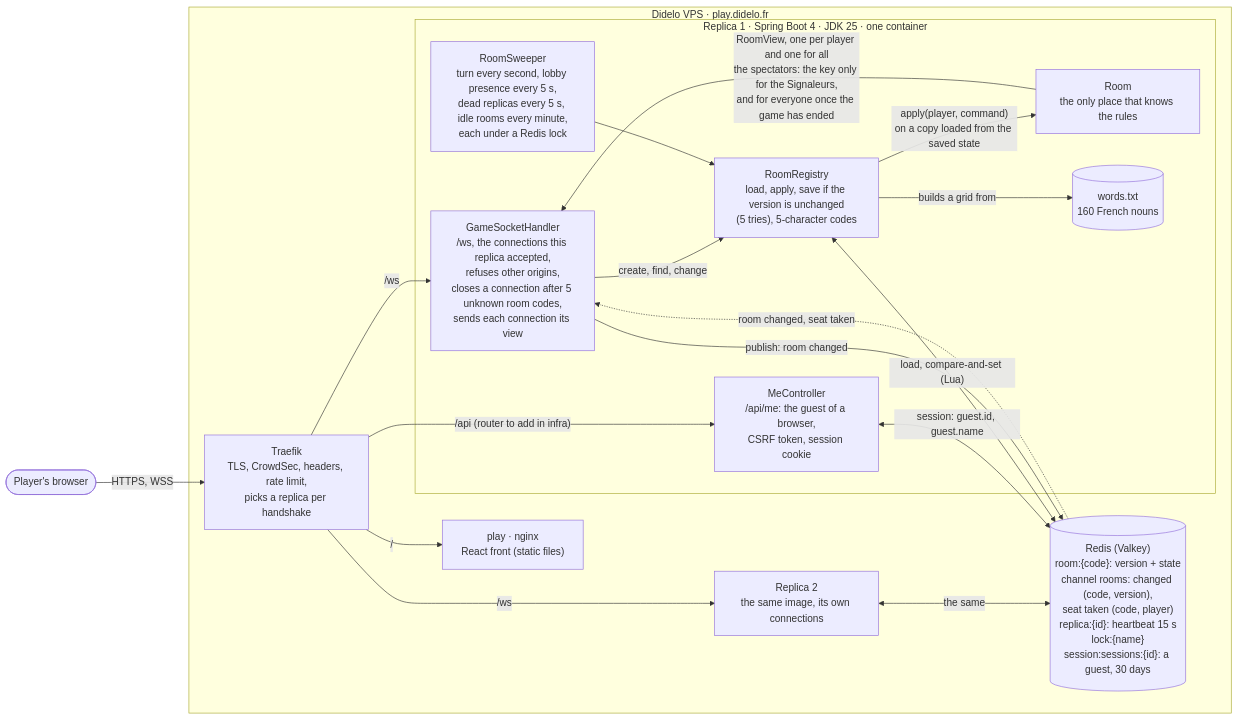
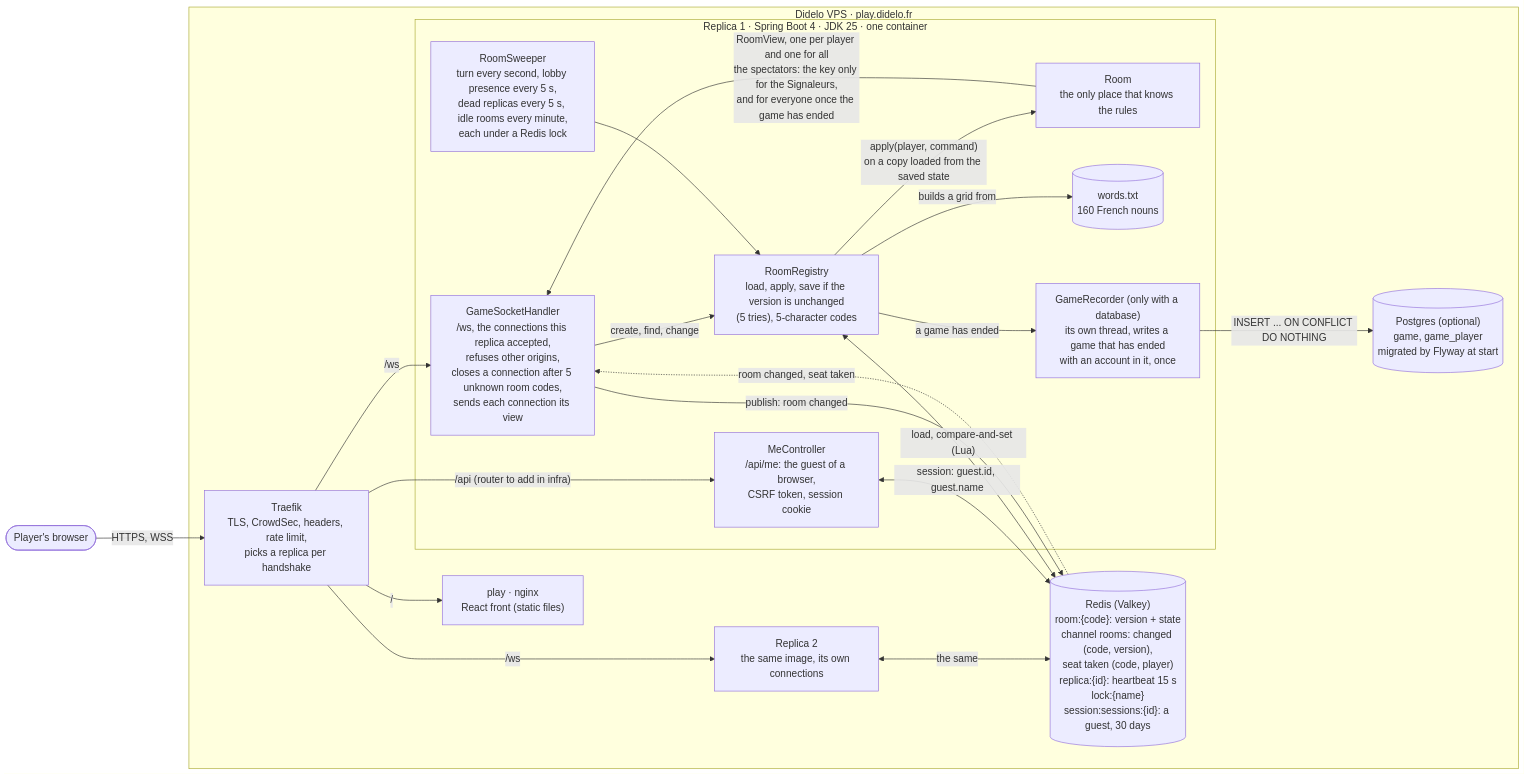
The second of 4 diagrams in README.md (Didelo-lilian/semaphore), drawn with Mermaid before and after one commit. The commit also changed other lines of this file and 22 other files, not shown here.

````diff
--- a/README.md
+++ b/README.md
@@ -194,35 +196,39 @@
 ```mermaid
 flowchart LR
   player([Player's browser])
 
   subgraph vps["Didelo VPS · play.didelo.fr"]
     traefik["Traefik<br/>TLS, CrowdSec, headers, rate limit,<br/>picks a replica per handshake"]
     front["play · nginx<br/>React front (static files)"]
     subgraph app["Replica 1 · Spring Boot 4 · JDK 25 · one container"]
       handler["GameSocketHandler<br/>/ws, the connections this replica accepted,<br/>refuses other origins,<br/>closes a connection after 5 unknown room codes,<br/>sends each connection its view"]
       sweeper["RoomSweeper<br/>turn every second, lobby presence every 5 s,<br/>dead replicas every 5 s, idle rooms every minute,<br/>each under a Redis lock"]
       registry["RoomRegistry<br/>load, apply, save if the version is unchanged<br/>(5 tries), 5-character codes"]
       room["Room<br/>the only place that knows the rules"]
       me["MeController<br/>/api/me: the guest of a browser,<br/>CSRF token, session cookie"]
       words[("words.txt<br/>160 French nouns")]
+      recorder["GameRecorder (only with a database)<br/>its own thread, writes a game that has ended<br/>with an account in it, once"]
     end
     other["Replica 2<br/>the same image, its own connections"]
     redis[("Redis (Valkey)<br/>room:{code}: version + state<br/>channel rooms: changed (code, version),<br/>seat taken (code, player)<br/>replica:{id}: heartbeat 15 s<br/>lock:{name}<br/>session:sessions:{id}: a guest, 30 days")]
+    postgres[("Postgres (optional)<br/>game, game_player<br/>migrated by Flyway at start")]
   end
 
   player -->|"HTTPS, WSS"| traefik
   traefik -->|"/"| front
   traefik -->|"/ws"| handler
   traefik -->|"/ws"| other
   traefik -->|"/api (router to add in infra)"| me
   me <-->|"session: guest.id, guest.name"| redis
   handler -->|"create, find, change"| registry
   sweeper --> registry
   registry -->|"builds a grid from"| words
   registry -->|"apply(player, command)<br/>on a copy loaded from the saved state"| room
   room -->|"RoomView, one per player and one for all<br/>the spectators: the key only for the Signaleurs,<br/>and for everyone once the game has ended"| handler
   registry <-->|"load, compare-and-set (Lua)"| redis
   handler -->|"publish: room changed"| redis
   redis -.->|"room changed, seat taken"| handler
   other <-->|"the same"| redis
+  registry -->|"a game has ended"| recorder
+  recorder -->|"INSERT ... ON CONFLICT DO NOTHING"| postgres
 ```
````
